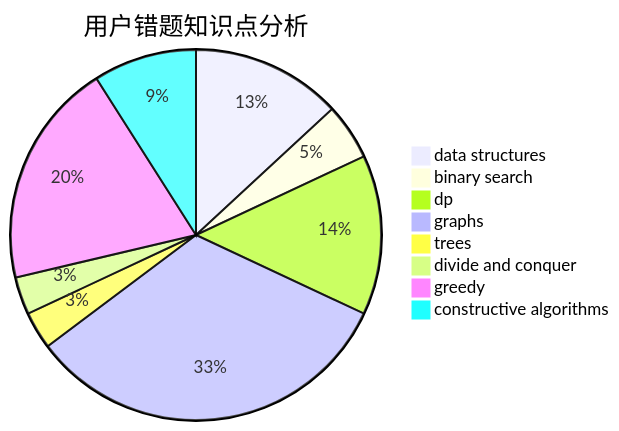
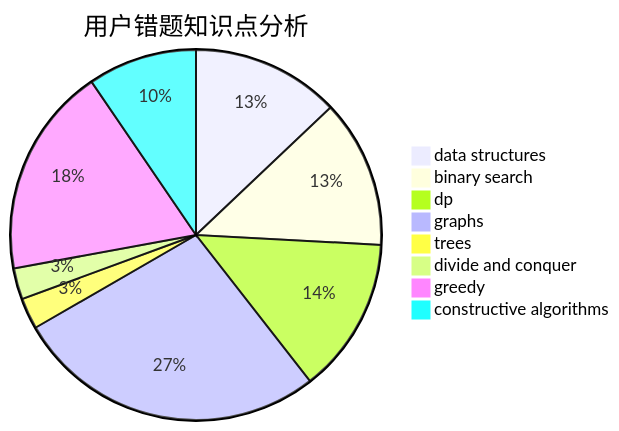
One commit to sherpahu/cfrs.github.io changed the third of 3 diagrams in docs/user/u1683.md. Above: the diagram before and after it, drawn with Mermaid. The commit also changed other lines of this file and 2770 other files, not shown here.

````diff
--- a/docs/user/u1683.md
+++ b/docs/user/u1683.md
@@ -36,11 +36,11 @@
 ```mermaid
 pie title 用户错题知识点分析
-    "data structures" :  16
-    "binary search" :  6
-    "dp" :  17
+    "data structures" :  19
+    "binary search" :  19
+    "dp" :  20
     "graphs" :  40
     "trees" :  4
     "divide and conquer" :  4
-    "greedy" :  24
-    "constructive algorithms" :  11
+    "greedy" :  27
+    "constructive algorithms" :  14
 ```
````
